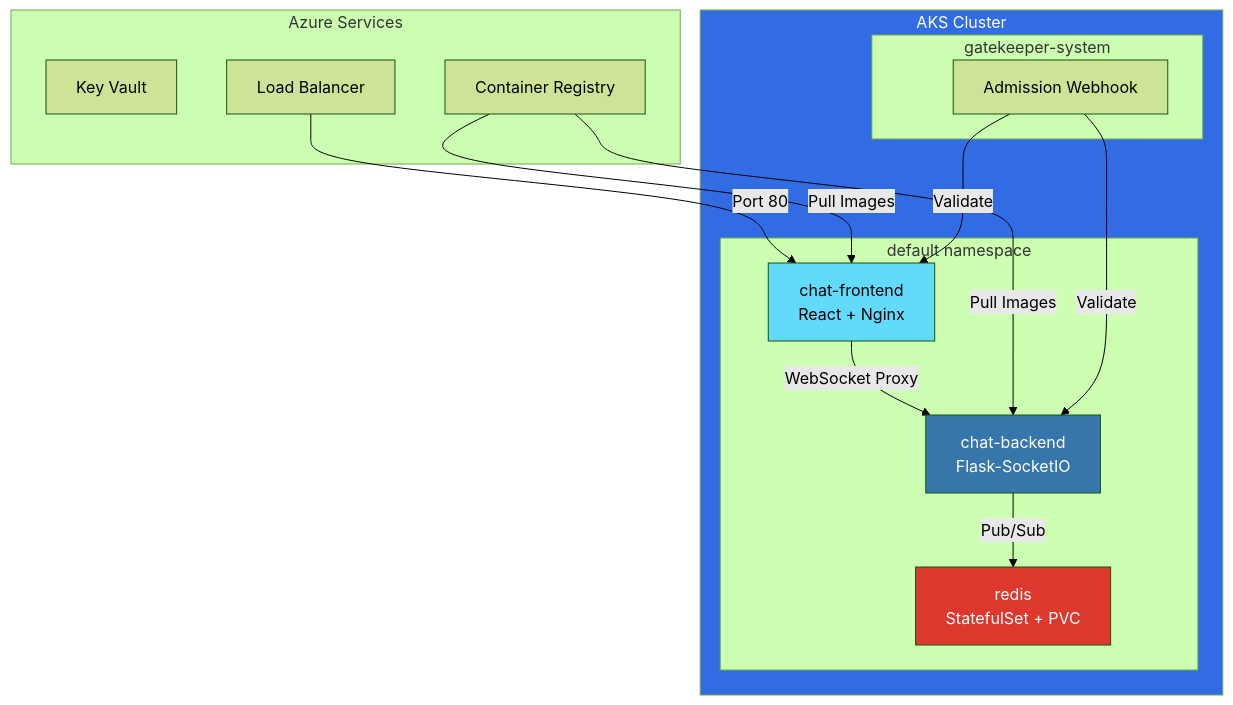
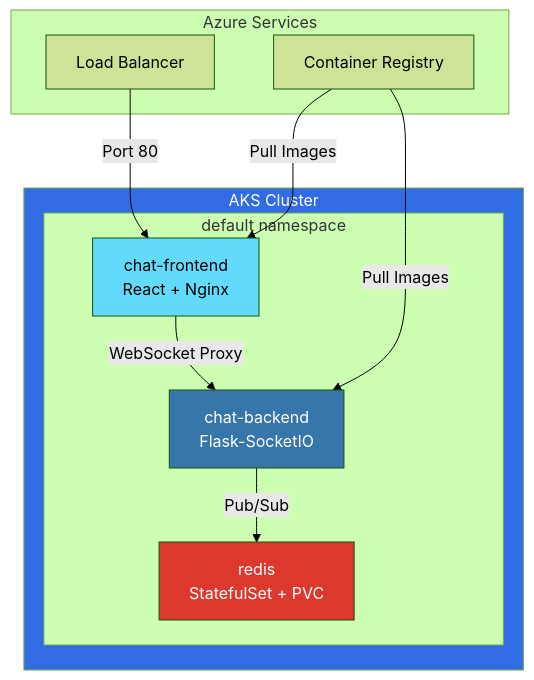
The second of 2 diagrams in README.md (Shrinet82/zero-trust-devsecops), drawn with Mermaid (forest theme) before and after one commit. The commit also changed other lines of this file, not shown here.

````diff
--- a/README.md
+++ b/README.md
@@ -118,34 +137,27 @@
 ```mermaid
 graph TB
     subgraph AKS["AKS Cluster"]
         subgraph NS["default namespace"]
             FE["chat-frontend<br/>React + Nginx"]
             BE["chat-backend<br/>Flask-SocketIO"]
             RD["redis<br/>StatefulSet + PVC"]
 
             FE -->|WebSocket Proxy| BE
             BE -->|Pub/Sub| RD
         end
-
-        subgraph GK["gatekeeper-system"]
-            WEBHOOK["Admission Webhook"]
-        end
     end
 
     subgraph Azure["Azure Services"]
-        KV["Key Vault"]
+        LB["Load Balancer"]
         ACR["Container Registry"]
-        LB["Load Balancer"]
     end
 
     LB -->|Port 80| FE
     ACR -->|Pull Images| BE
     ACR -->|Pull Images| FE
-    WEBHOOK -->|Validate| BE
-    WEBHOOK -->|Validate| FE
 
     style AKS fill:#326ce5,color:#fff
     style FE fill:#61dafb,color:#000
     style BE fill:#3776ab,color:#fff
     style RD fill:#dc382d,color:#fff
 ```
````
